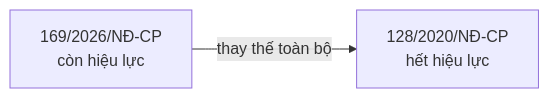
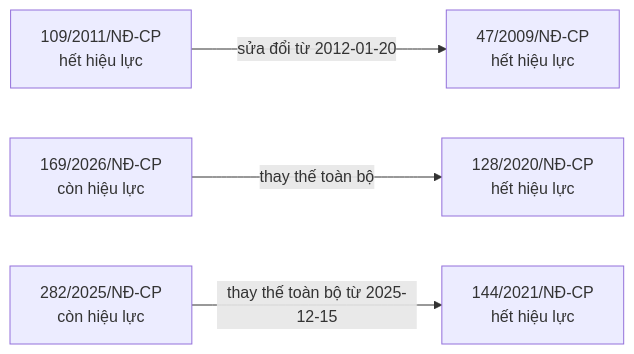
Before and after one commit to ozvietnam/oz-wiki-plhq: the ninth of 10 diagrams in bao-cao/quan-he.md, drawn with Mermaid. The commit also changed other lines of this file and 5 other files, not shown here.

````diff
--- a/bao-cao/quan-he.md
+++ b/bao-cao/quan-he.md
@@ -561,6 +559,12 @@
 ```mermaid
 flowchart LR
+  n_109_2011_N__CP["109/2011/NĐ-CP<br/>hết hiệu lực"]
+  n_47_2009_N__CP["47/2009/NĐ-CP<br/>hết hiệu lực"]
   n_169_2026_N__CP["169/2026/NĐ-CP<br/>còn hiệu lực"]
   n_128_2020_N__CP["128/2020/NĐ-CP<br/>hết hiệu lực"]
+  n_282_2025_N__CP["282/2025/NĐ-CP<br/>còn hiệu lực"]
+  n_144_2021_N__CP["144/2021/NĐ-CP<br/>hết hiệu lực"]
+  n_109_2011_N__CP -->|sửa đổi từ 2012-01-20| n_47_2009_N__CP
   n_169_2026_N__CP -->|thay thế toàn bộ| n_128_2020_N__CP
+  n_282_2025_N__CP -->|thay thế toàn bộ từ 2025-12-15| n_144_2021_N__CP
 ```
````
